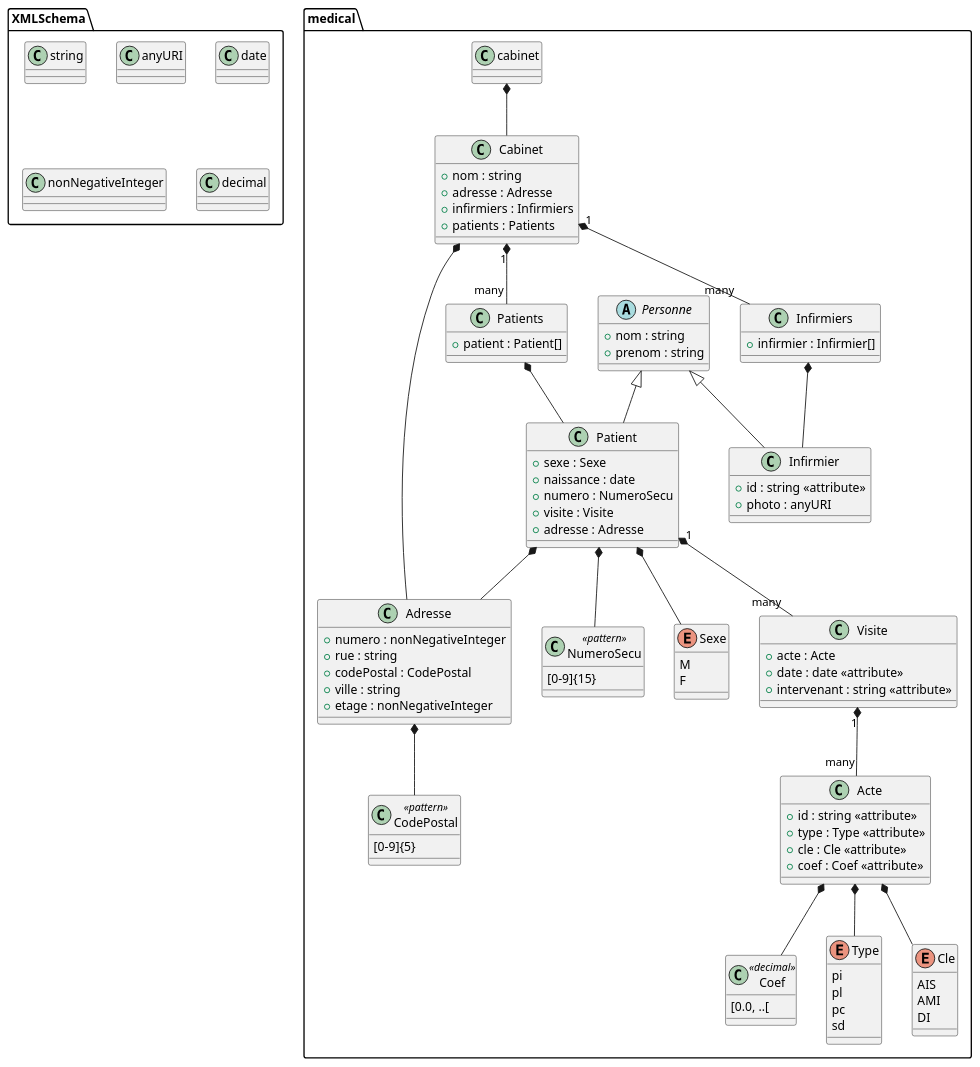
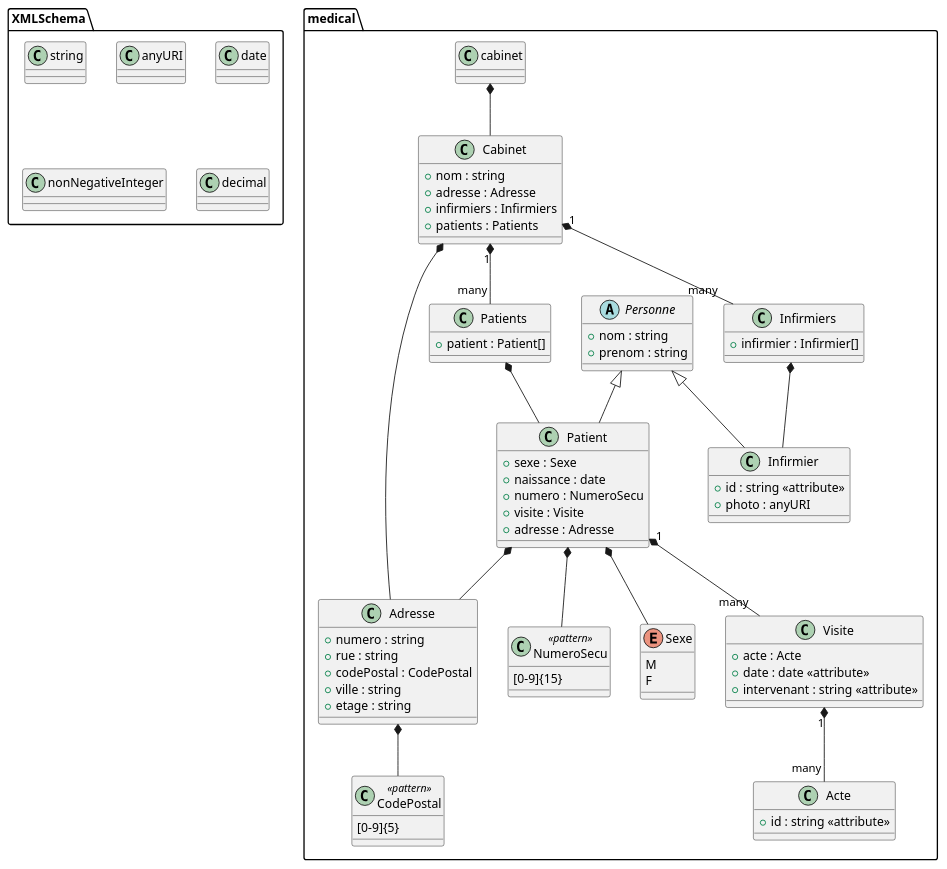
Before and after one commit to AdkMarius/projet_cabinet_infirmier: the diagram in data/puml/cabinet.puml, drawn with PlantUML. The commit also changed 31 other files, not shown here.

```diff
--- a/data/puml/cabinet.puml
+++ b/data/puml/cabinet.puml
@@ -1,125 +1,102 @@
 @startuml
 'https://plantuml.com/class-diagram
 
 namespace medical {
     abstract class Personne {
         +nom : string
         +prenom : string
     }
     
     class cabinet {
     
     }
     
     class Cabinet {
         +nom : string
         +adresse : Adresse
         +infirmiers : Infirmiers 
         +patients : Patients 
     }
     
     class Infirmiers {
         +infirmier : Infirmier[]
     }
     
     class Patients {
         +patient : Patient[]
     }
     
     class Patient {
         +sexe : Sexe 
         +naissance : date
         +numero : NumeroSecu
         +visite : Visite 
         +adresse : Adresse
     }
     
     class Infirmier {
         +id : string << attribute >>
         +photo : anyURI
     }
     
     class Adresse {
-        +numero : nonNegativeInteger
+        +numero : string
         +rue : string
         +codePostal : CodePostal 
         +ville : string
-        +etage : nonNegativeInteger
+        +etage : string
     }
     
     class Visite {
         +acte : Acte 
         +date : date << attribute >>
         +intervenant : string << attribute >>
     }
     
     class Acte {
         +id : string << attribute >>
-        +type : Type << attribute >>
-        +cle : Cle << attribute >>
-        +coef : Coef << attribute >>
     }
     
     class NumeroSecu << pattern >> {
         [0-9]{15}
     }
     
     class CodePostal << pattern >> {
         [0-9]{5}
     }
-    
-    class Coef << decimal >> {
-        [0.0, ..[
-    }
         
     enum Sexe {
         M 
         F 
-    }
-    
-    enum Type {
-        pi
-        pl
-        pc
-        sd
-    }
-    
-    enum Cle {
-        AIS 
-        AMI 
-        DI 
     }
     
     Personne <|-- Infirmier
     Personne <|-- Patient
     Cabinet "1" *-- "many" Patients    
     Cabinet "1" *-- "many" Infirmiers
     Patients *-- Patient
     Infirmiers *-- Infirmier
     Cabinet *-- Adresse
     Patient *-- Adresse
     cabinet *-- Cabinet
     Patient *-- Sexe
     Patient "1" *-- "many" Visite
-    Acte *-- Type
+    Adresse *-- CodePostal
     Visite "1" *-- "many" Acte
-    Adresse *-- CodePostal
-    Acte *-- Cle
-    Acte *-- Coef
     Patient *-- NumeroSecu
     
 }
 
 namespace XMLSchema {
     class string
     
     class anyURI
         
     class date
     
     class nonNegativeInteger
     
     class decimal
 }
 
 @enduml
```
